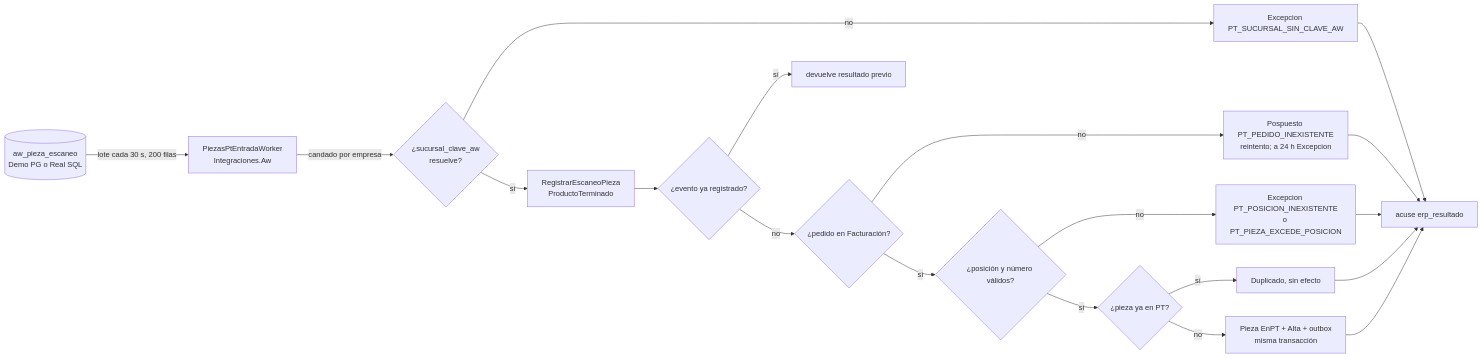
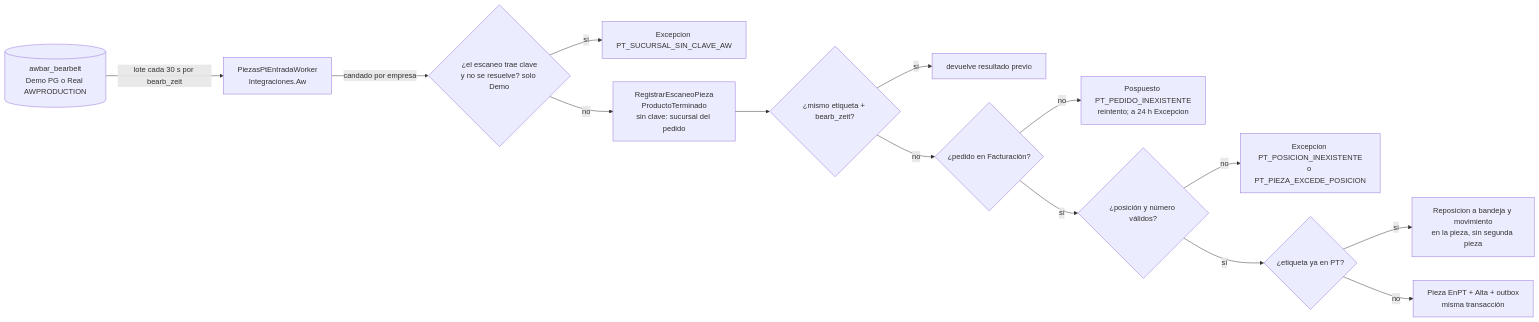
The second of 2 diagrams in docs/modulos/producto-terminado/01-diseno.md (Eliam2102/millet-erp), drawn with Mermaid before and after one commit. The commit also changed other lines of this file and 106 other files, not shown here.

First line of the commit message:
[86e3jvuk2] Producto terminado: entrada de pieza desde el escaneo de A+W (#284)

````diff
--- a/docs/modulos/producto-terminado/01-diseno.md
+++ b/docs/modulos/producto-terminado/01-diseno.md
@@ -119,21 +120,16 @@
 ```mermaid
 flowchart LR
-  AW[(aw_pieza_escaneo<br/>Demo PG o Real SQL)] -->|lote cada 30 s, 200 filas| W[PiezasPtEntradaWorker<br/>Integraciones.Aw]
-  W -->|candado por empresa| R{¿sucursal_clave_aw<br/>resuelve?}
-  R -->|no| EX[Excepcion PT_SUCURSAL_SIN_CLAVE_AW]
-  R -->|sí| C[RegistrarEscaneoPieza<br/>ProductoTerminado]
-  C --> K{¿evento ya registrado?}
+  AW[(awbar_bearbeit<br/>Demo PG o Real AWPRODUCTION)] -->|lote cada 30 s por bearb_zeit| W[PiezasPtEntradaWorker<br/>Integraciones.Aw]
+  W -->|candado por empresa| R{¿el escaneo trae clave<br/>y no se resuelve? solo Demo}
+  R -->|sí| EX[Excepcion PT_SUCURSAL_SIN_CLAVE_AW]
+  R -->|no| C[RegistrarEscaneoPieza<br/>ProductoTerminado<br/>sin clave: sucursal del pedido]
+  C --> K{¿mismo etiqueta + bearb_zeit?}
   K -->|sí| RES[devuelve resultado previo]
   K -->|no| P{¿pedido en Facturación?}
   P -->|no| POS[Pospuesto PT_PEDIDO_INEXISTENTE<br/>reintento; a 24 h Excepcion]
   P -->|sí| V{¿posición y número válidos?}
   V -->|no| EX2[Excepcion PT_POSICION_INEXISTENTE<br/>o PT_PIEZA_EXCEDE_POSICION]
-  V -->|sí| D{¿pieza ya en PT?}
-  D -->|sí| DUP[Duplicado, sin efecto]
+  V -->|sí| D{¿etiqueta ya en PT?}
+  D -->|sí| REP[Reposicion a bandeja y movimiento<br/>en la pieza, sin segunda pieza]
   D -->|no| OK[Pieza EnPT + Alta + outbox<br/>misma transacción]
-  OK --> ACK[acuse erp_resultado]
-  POS --> ACK
-  EX --> ACK
-  EX2 --> ACK
-  DUP --> ACK
 ```
````
